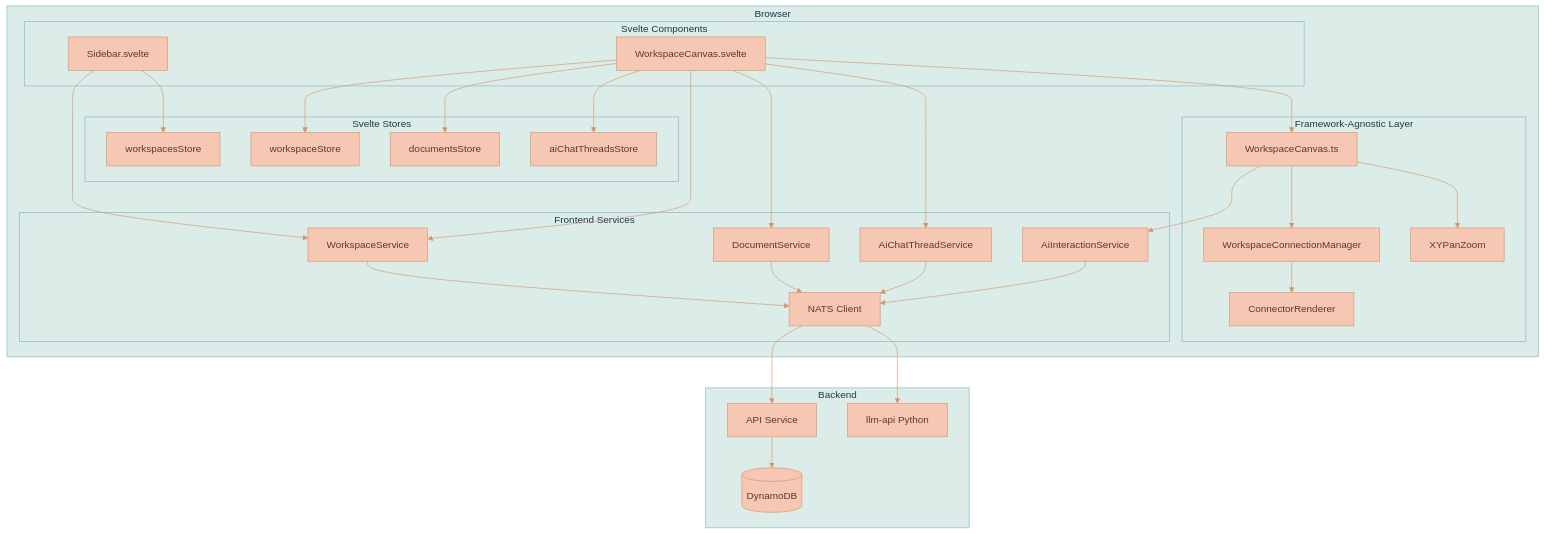
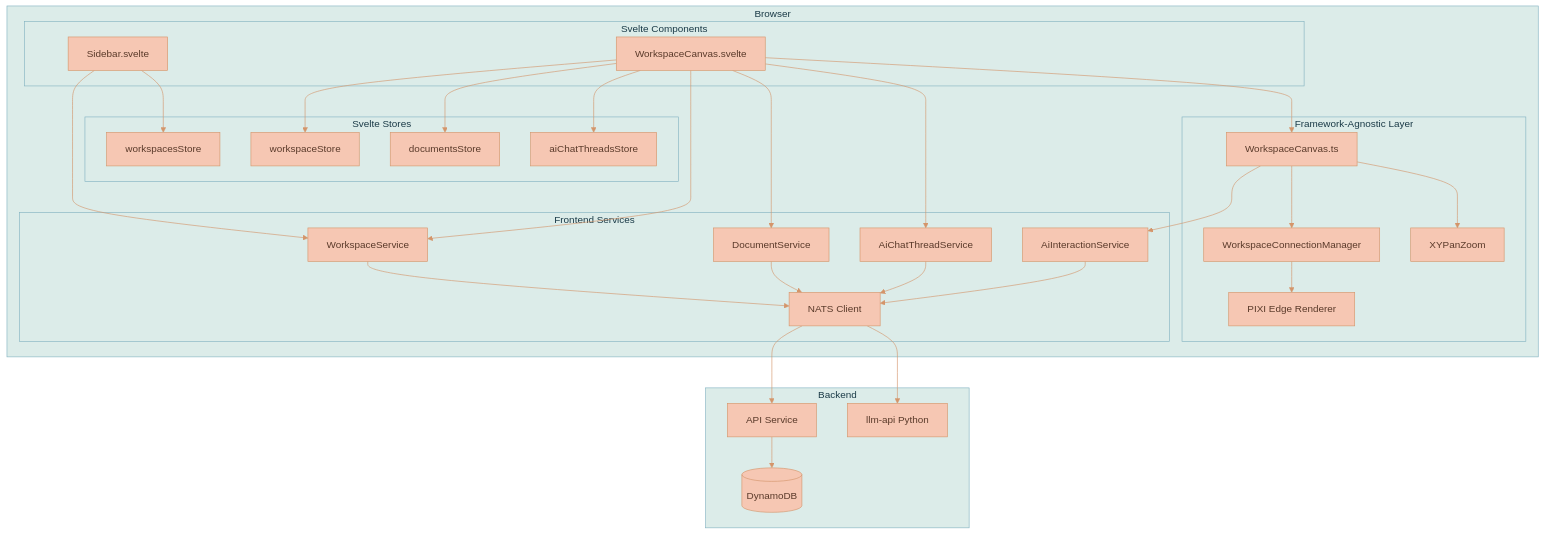
The first of 17 diagrams in documentation/features/WORKSPACE-FEATURE.md (Lixpi/lixpi), drawn with Mermaid before and after one commit. The commit also changed other lines of this file and 27 other files, not shown here.

````diff
--- a/documentation/features/WORKSPACE-FEATURE.md
+++ b/documentation/features/WORKSPACE-FEATURE.md
@@ -25,60 +25,60 @@
 ```mermaid
 %%{init: {'theme': 'base', 'themeVariables': { 'primaryColor': '#F6C7B3', 'primaryTextColor': '#5a3a2a', 'primaryBorderColor': '#d4956a', 'secondaryColor': '#C3DEDD', 'secondaryTextColor': '#1a3a47', 'secondaryBorderColor': '#4a8a9d', 'tertiaryColor': '#DCECE9', 'tertiaryTextColor': '#1a3a47', 'tertiaryBorderColor': '#82B2C0', 'lineColor': '#d4956a', 'textColor': '#5a3a2a'}}}%%
 flowchart TB
     subgraph Client["Browser"]
         subgraph Svelte["Svelte Components"]
             Sidebar[Sidebar.svelte]
             WCS[WorkspaceCanvas.svelte]
         end
 
         subgraph Stores["Svelte Stores"]
             WSS[workspacesStore]
             WS[workspaceStore]
             DS[documentsStore]
             TS[aiChatThreadsStore]
         end
 
         subgraph Infographics["Framework-Agnostic Layer"]
             WC[WorkspaceCanvas.ts]
             WCM[WorkspaceConnectionManager]
             XY[XYPanZoom]
-            CR[ConnectorRenderer]
+            PER[PIXI Edge Renderer]
         end
 
         subgraph Services["Frontend Services"]
             WSvc[WorkspaceService]
             DSvc[DocumentService]
             TSvc[AiChatThreadService]
             AIS[AiInteractionService]
             NATS[NATS Client]
         end
     end
 
     subgraph Backend["Backend"]
         API[API Service]
         LLMAPI[llm-api Python]
         DB[(DynamoDB)]
     end
 
     Sidebar --> WSS
     Sidebar --> WSvc
     WCS --> WS
     WCS --> DS
     WCS --> TS
     WCS --> WC
     WC --> XY
     WC --> WCM
-    WCM --> CR
+    WCM --> PER
 
     WCS --> WSvc
     WCS --> DSvc
     WCS --> TSvc
     WC --> AIS
     WSvc --> NATS
     DSvc --> NATS
     TSvc --> NATS
     AIS --> NATS
     NATS --> API
     NATS --> LLMAPI
     API --> DB
 ```
````
